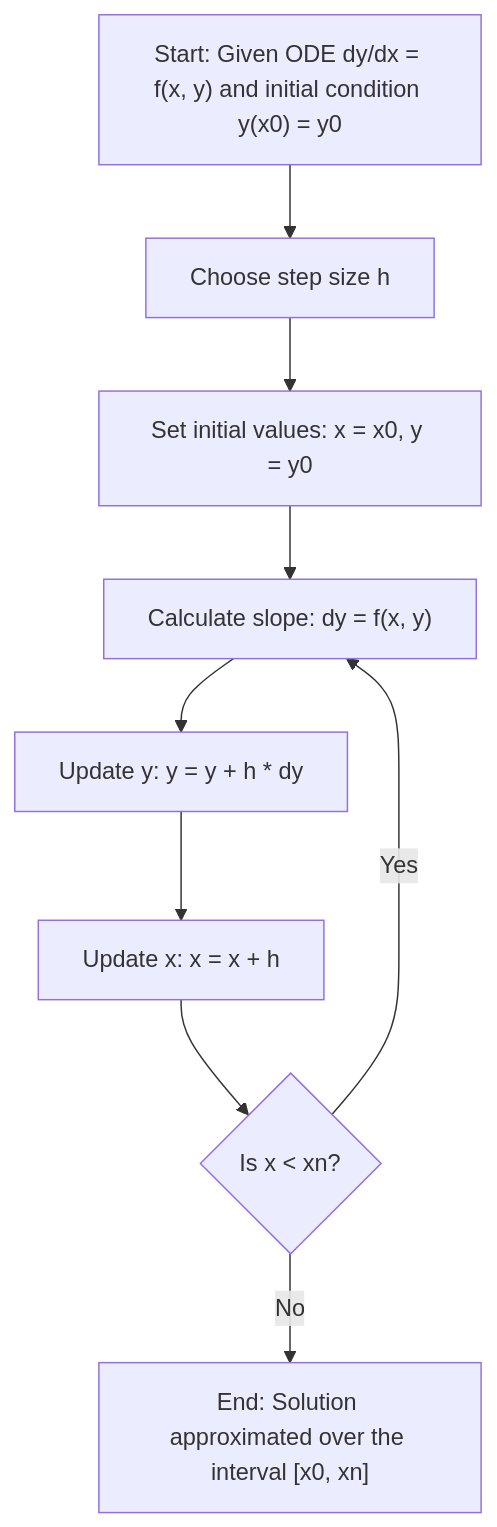
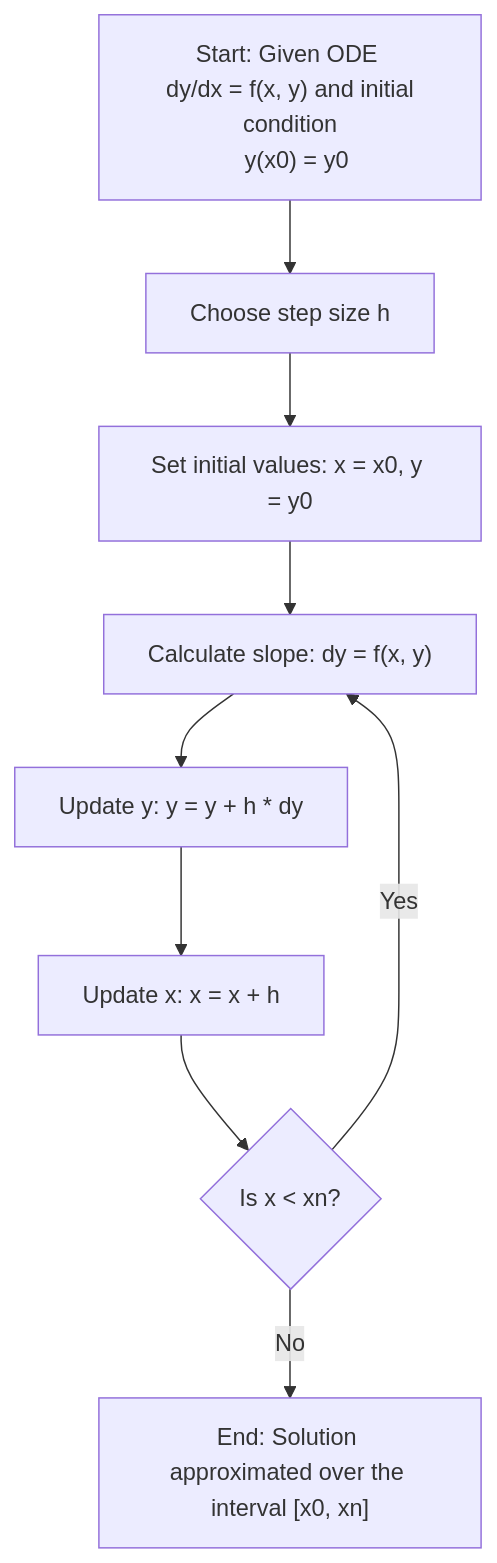
The second of 2 diagrams in ordinaryDifferntialEquations/README.md (nishantaMishra/computational-physics-in-python), drawn with Mermaid before and after one commit.

````diff
--- a/ordinaryDifferntialEquations/README.md
+++ b/ordinaryDifferntialEquations/README.md
@@ -29,12 +29,12 @@
 ```mermaid
 graph TD
-    A["`Start: Given ODE dy/dx = f(x, y) and initial condition y(x0) = y0`"] --> B["`Choose step size h`"]
+    A["`Start: Given ODE <br/> dy/dx = f(x, y) and initial condition<br/>  y(x0) = y0`"] --> B["`Choose step size h`"]
     B --> C["`Set initial values: x = x0, y = y0`"]
     C --> D["`Calculate slope: dy = f(x, y)`"]
     D --> E["`Update y: y = y + h * dy`"]
     E --> F["`Update x: x = x + h`"]
     F --> G{"`Is x < xn?`"}
     G --> |Yes| D
     G --> |No| H["`End: Solution approximated over the interval [x0, xn]`"]
 
 ```
````
